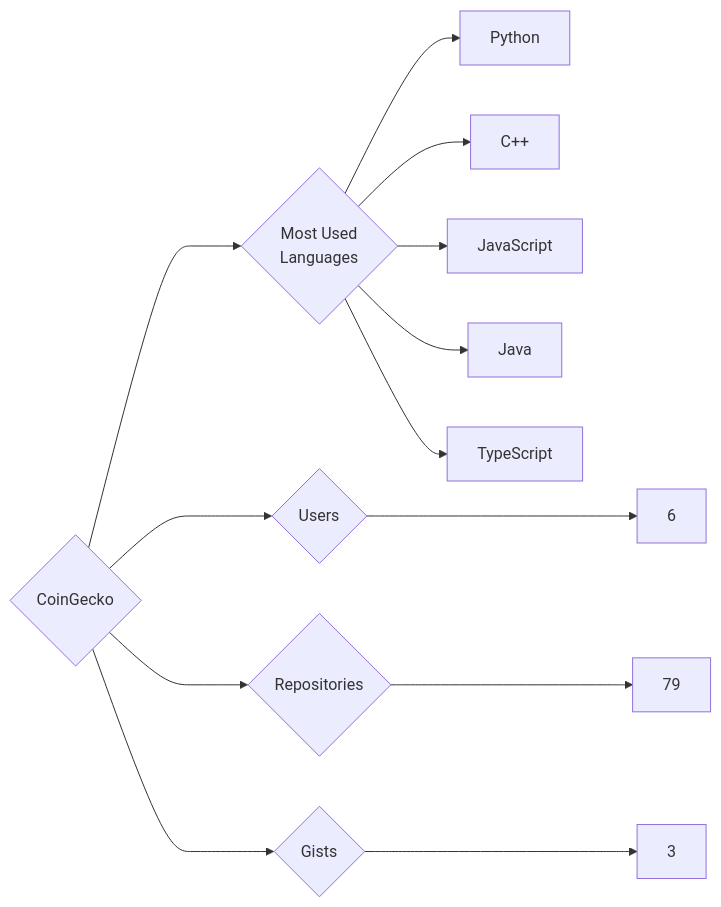
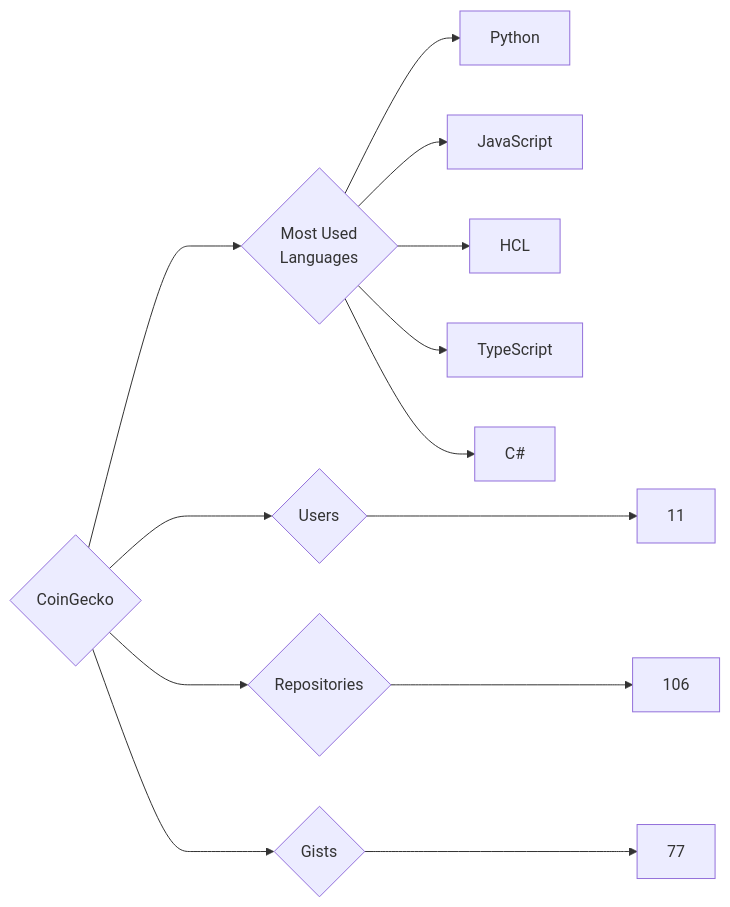
Before and after one commit to trickest/insiders: the diagram in targets/CoinGecko/README.md, drawn with Mermaid. The commit also changed 873 other files, not shown here.

````diff
--- a/targets/CoinGecko/README.md
+++ b/targets/CoinGecko/README.md
@@ -3,13 +3,13 @@
 ```mermaid
 graph LR
 COMPANY_NAME{CoinGecko}
-COMPANY_NAME ---> U{Users} ---> UN[6]
-COMPANY_NAME ---> R{Repositories} ---> RN[79]
-COMPANY_NAME ---> G{Gists} ---> GN[3]
+COMPANY_NAME ---> U{Users} ---> UN[11]
+COMPANY_NAME ---> R{Repositories} ---> RN[106]
+COMPANY_NAME ---> G{Gists} ---> GN[77]
 COMPANY_NAME ---> ML{Most Used<br>Languages}
 ML --> Python[Python]
-ML --> C++[C++]
 ML --> JavaScript[JavaScript]
-ML --> Java[Java]
+ML --> HCL[HCL]
 ML --> TypeScript[TypeScript]
+ML --> C#[C#]
 ```
````
